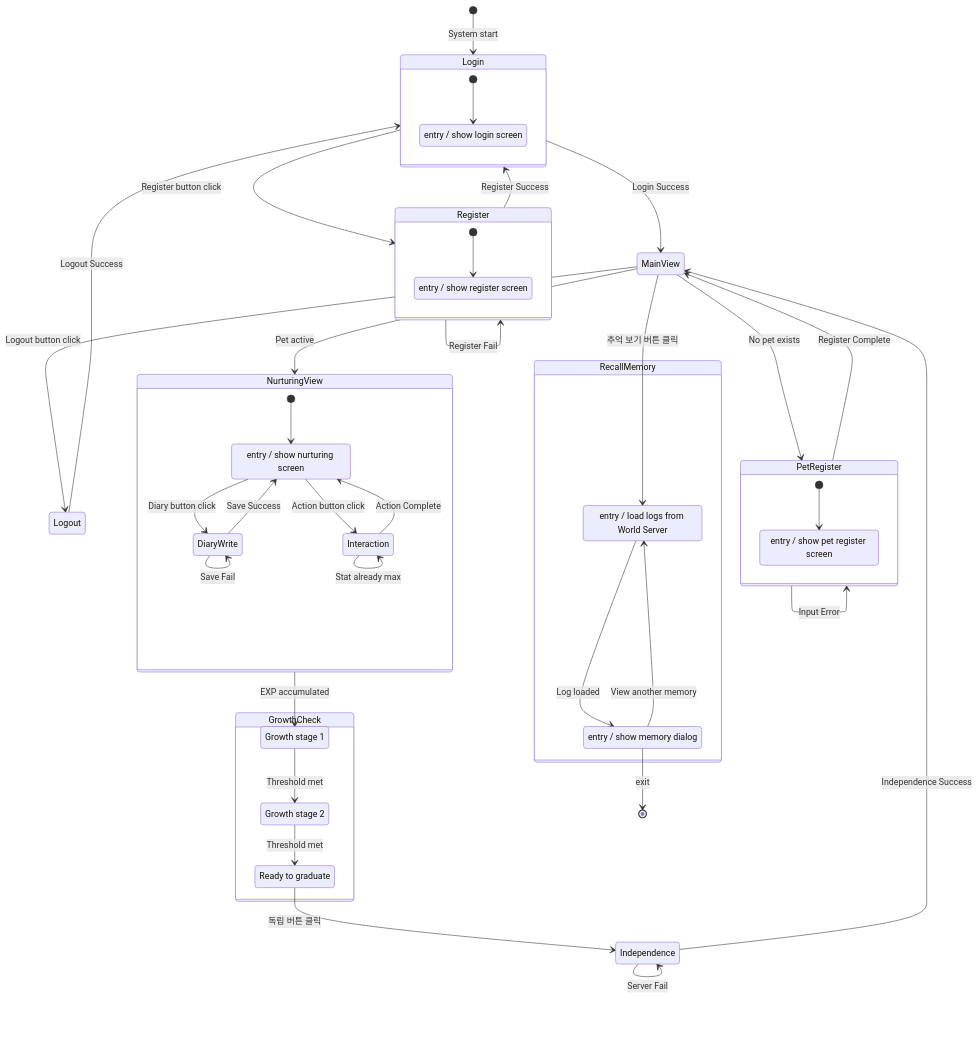
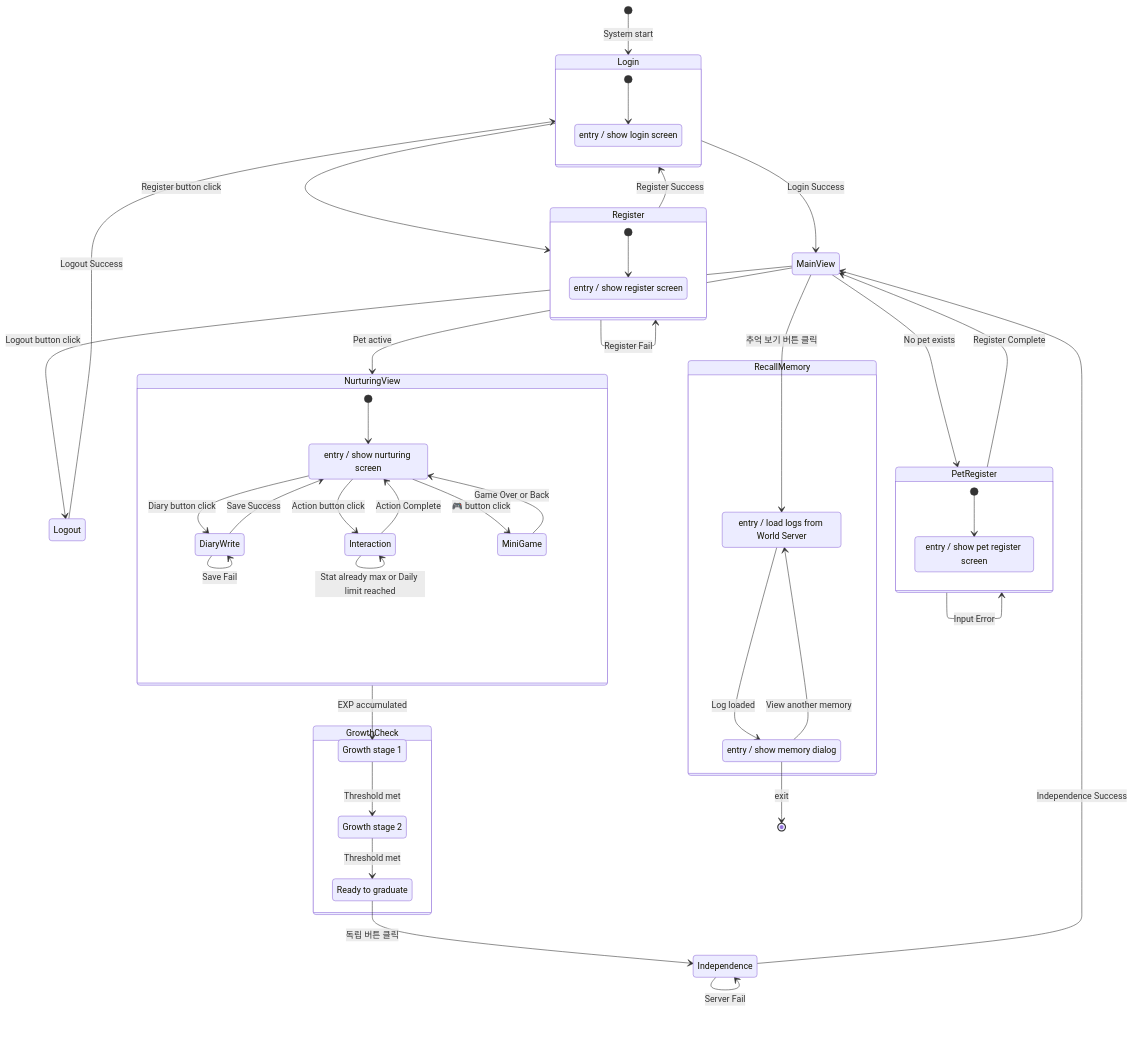
Diagram 20 of 20 in design.md (silver-hye/Log_Pet), drawn with Mermaid before and after one commit. The commit also changed other lines of this file, not shown here.

````diff
--- a/design.md
+++ b/design.md
@@ -1097,68 +1373,70 @@
 ```mermaid
 stateDiagram-v2
   direction TB
 
   [*] --> Login : System start
 
   Login --> Register : Register button click
   Register --> Login : Register Success
   Register --> Register : Register Fail
   Login --> MainView : Login Success
 
   MainView --> Logout : Logout button click
   Logout --> Login : Logout Success
   MainView --> PetRegister : No pet exists
   PetRegister --> PetRegister : Input Error
   PetRegister --> MainView : Register Complete
   MainView --> NurturingView : Pet active
   MainView --> RecallView : 추억 보기 버튼 클릭
 
   state Login {
     [*] --> ShowLogin
     ShowLogin : entry / show login screen
   }
 
   state Register {
     [*] --> ShowRegister
     ShowRegister : entry / show register screen
   }
 
   state PetRegister {
     [*] --> ShowPetRegister
     ShowPetRegister : entry / show pet register screen
   }
 
   state NurturingView {
     [*] --> ShowNurturing
     ShowNurturing : entry / show nurturing screen
     ShowNurturing --> DiaryWrite : Diary button click
     DiaryWrite --> ShowNurturing : Save Success
     DiaryWrite --> DiaryWrite : Save Fail
     ShowNurturing --> Interaction : Action button click
     Interaction --> ShowNurturing : Action Complete
-    Interaction --> Interaction : Stat already max
+    Interaction --> Interaction : Stat already max or Daily limit reached
+    ShowNurturing --> MiniGame : 🎮 button click
+    MiniGame --> ShowNurturing : Game Over or Back
   }
 
   NurturingView --> Baby : EXP accumulated
 
   state GrowthCheck {
     Baby --> Adult : Threshold met
     Adult --> Senior : Threshold met
     Baby : Growth stage 1
     Adult : Growth stage 2
     Senior : Ready to graduate
   }
 
   Senior --> Independence : 독립 버튼 클릭
   Independence --> Independence : Server Fail
   Independence --> MainView : Independence Success
 
   state RecallMemory {
     RecallView --> RecallMessage : Log loaded
     RecallMessage --> RecallView : View another memory
     RecallView : entry / load logs from World Server
     RecallMessage : entry / show memory dialog
   }
 
   RecallMessage --> [*] : exit
 ```
````
